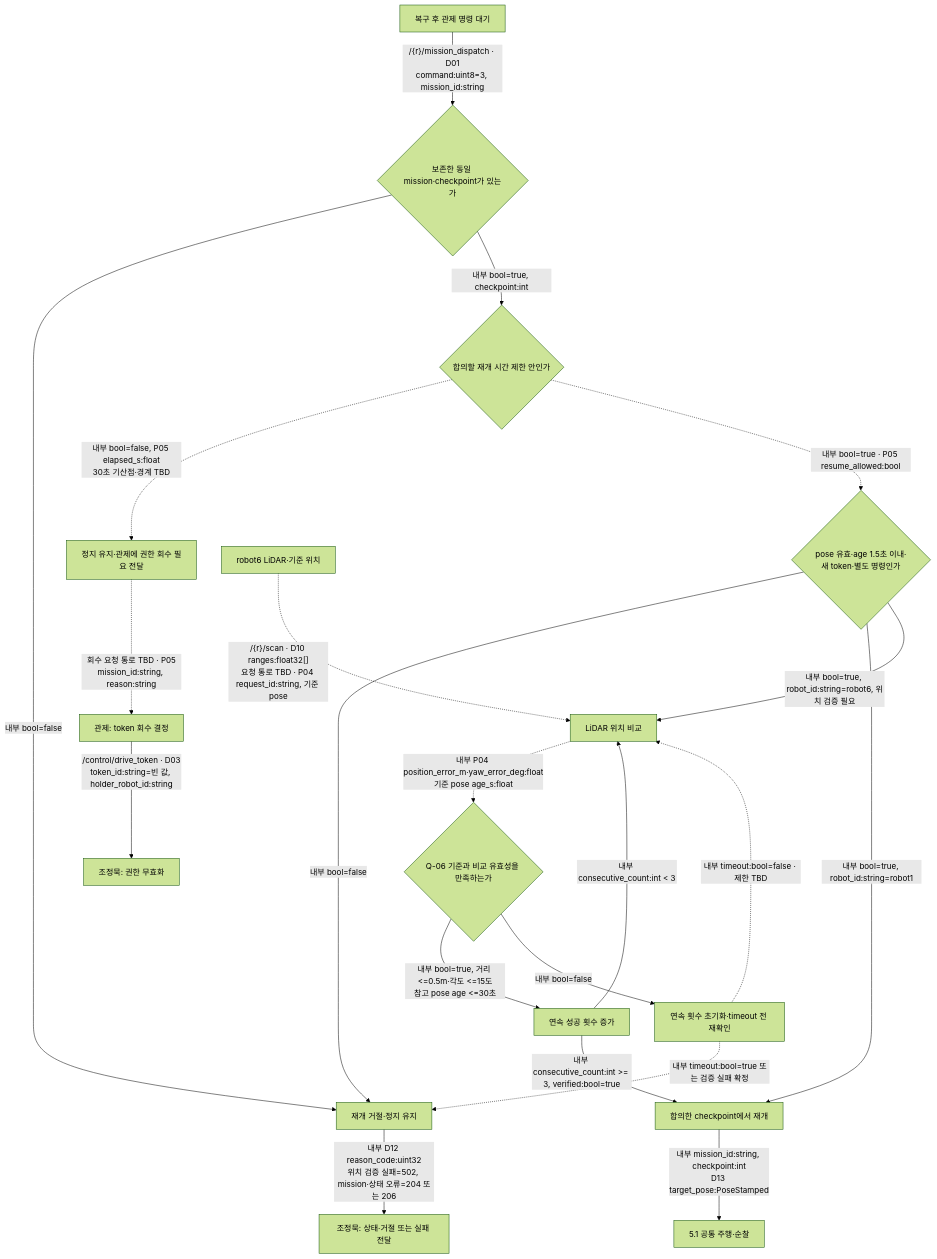
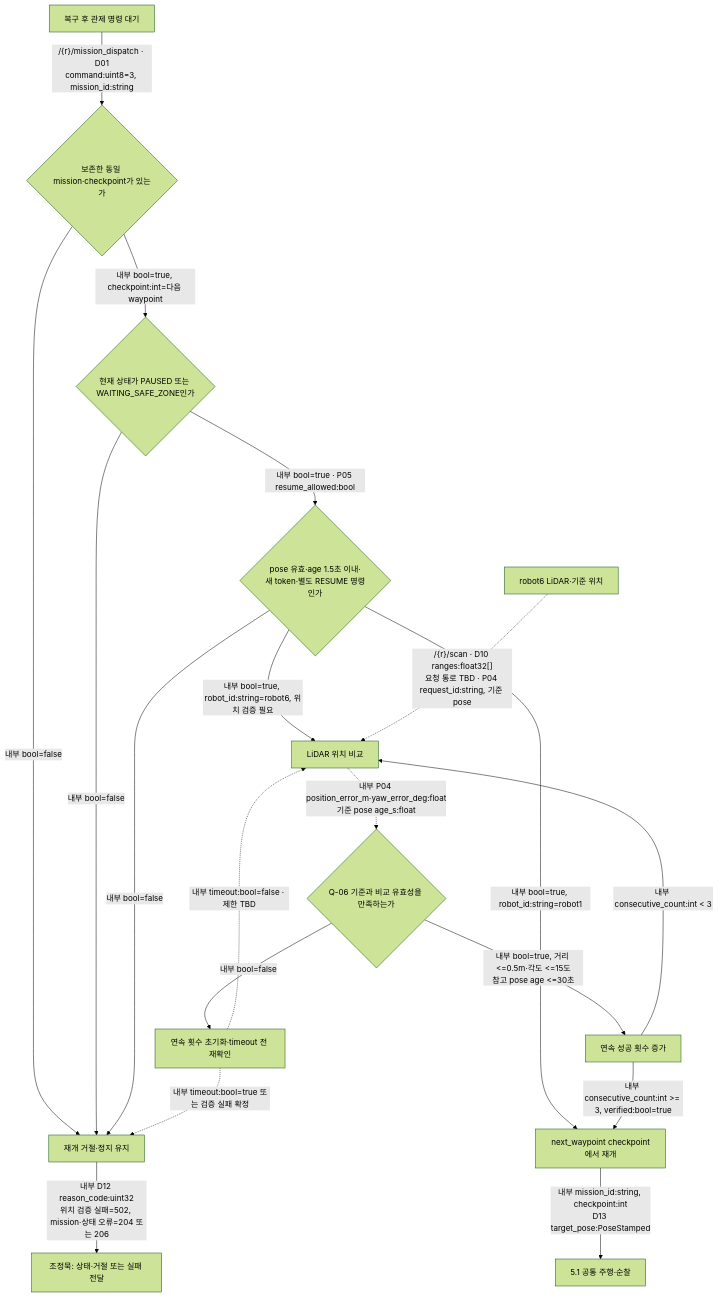
One commit to suuuhululu/patrol changed the tenth of 10 diagrams in docs/amr_patrol_safety_flowchart.md. Above: the diagram before and after it, drawn with Mermaid (forest theme). The commit also changed other lines of this file and 8 other files, not shown here.

````diff
--- a/docs/amr_patrol_safety_flowchart.md
+++ b/docs/amr_patrol_safety_flowchart.md
@@ -385,23 +432,21 @@
 ```mermaid
 flowchart TD
     I[복구 후 관제 명령 대기] -->|"/{r}/mission_dispatch · D01<br/>command:uint8=3, mission_id:string"| M{보존한 동일 mission·checkpoint가 있는가}
     M -->|"내부 bool=false"| F[재개 거절·정지 유지]
-    M -->|"내부 bool=true, checkpoint:int"| T{합의할 재개 시간 제한 안인가}
-    T -.->|"내부 bool=false, P05 elapsed_s:float<br/>30초 기산점·경계 TBD"| X[정지 유지·관제에 권한 회수 필요 전달]
-    X -.->|"회수 요청 통로 TBD · P05<br/>mission_id:string, reason:string"| C[관제: token 회수 결정]
-    C -->|"/control/drive_token · D03<br/>token_id:string=빈 값, holder_robot_id:string"| S[조정묵: 권한 무효화]
-    T -.->|"내부 bool=true · P05 resume_allowed:bool"| P{pose 유효·age 1.5초 이내·새 token·별도 명령인가}
+    M -->|"내부 bool=true, checkpoint:int=다음 waypoint"| T{현재 상태가 PAUSED 또는 WAITING_SAFE_ZONE인가}
+    T -->|"내부 bool=false"| F
+    T -->|"내부 bool=true · P05 resume_allowed:bool"| P{pose 유효·age 1.5초 이내·새 token·별도 RESUME 명령인가}
     P -->|"내부 bool=false"| F
-    P -->|"내부 bool=true, robot_id:string=robot1"| R[합의한 checkpoint에서 재개]
+    P -->|"내부 bool=true, robot_id:string=robot1"| R[next_waypoint checkpoint에서 재개]
     P -->|"내부 bool=true, robot_id:string=robot6, 위치 검증 필요"| L[LiDAR 위치 비교]
     O[robot6 LiDAR·기준 위치] -.->|"/{r}/scan · D10 ranges:float32[]<br/>요청 통로 TBD · P04 request_id:string, 기준 pose"| L
     L -.->|"내부 P04 position_error_m·yaw_error_deg:float<br/>기준 pose age_s:float"| V{Q-06 기준과 비교 유효성을 만족하는가}
     V -->|"내부 bool=true, 거리 <=0.5m·각도 <=15도<br/>참고 pose age <=30초"| K[연속 성공 횟수 증가]
     K -->|"내부 consecutive_count:int < 3"| L
     K -->|"내부 consecutive_count:int >= 3, verified:bool=true"| R
     V -->|"내부 bool=false"| Z[연속 횟수 초기화·timeout 전 재확인]
     Z -.->|"내부 timeout:bool=false · 제한 TBD"| L
     Z -.->|"내부 timeout:bool=true 또는 검증 실패 확정"| F
     F -->|"내부 D12 reason_code:uint32<br/>위치 검증 실패=502, mission·상태 오류=204 또는 206"| E[조정묵: 상태·거절 또는 실패 전달]
     R -->|"내부 mission_id:string, checkpoint:int<br/>D13 target_pose:PoseStamped"| N[5.1 공통 주행·순찰]
 ```
````
